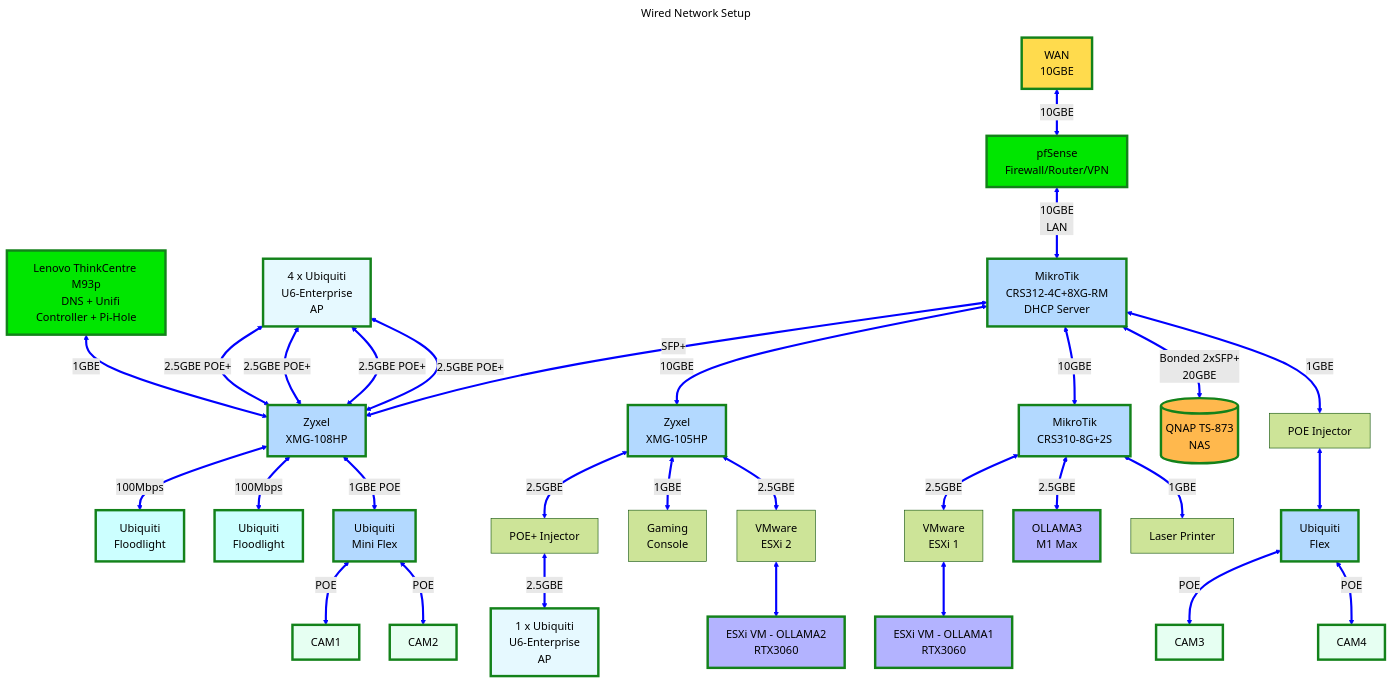
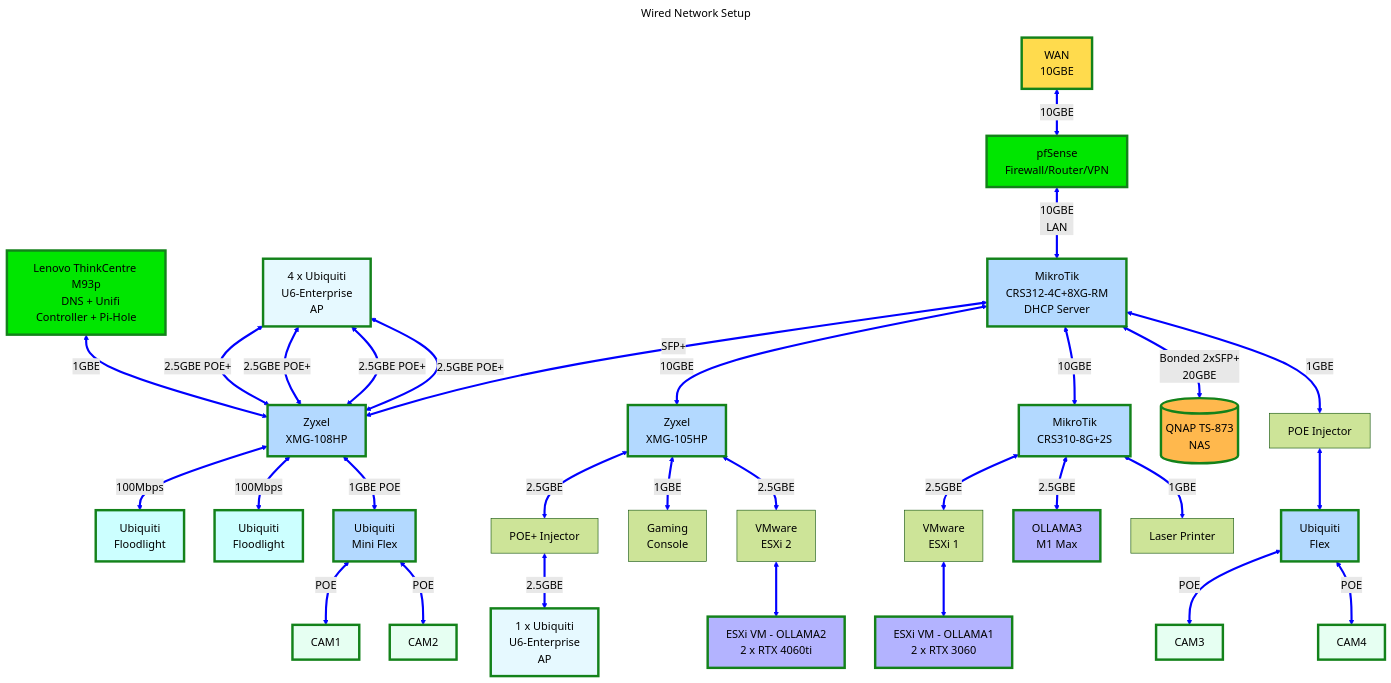
The diagram in petprojects/network.md (ovaisq/processes), drawn with Mermaid before and after one commit.

Commit message:
Updated Wired Network Diagram

```diff
--- a/petprojects/network.md
+++ b/petprojects/network.md
@@ -71,9 +71,9 @@
     QNAP[(QNAP TS-873
     NAS)]
     GPU1[ESXi VM - OLLAMA1
-    RTX3060]
+    2 x RTX 3060]
     GPU2[ESXi VM - OLLAMA2
-    RTX3060]
+    2 x RTX 4060ti]
     PS5[Gaming
     Console]
     FL1[Ubiquiti
```
